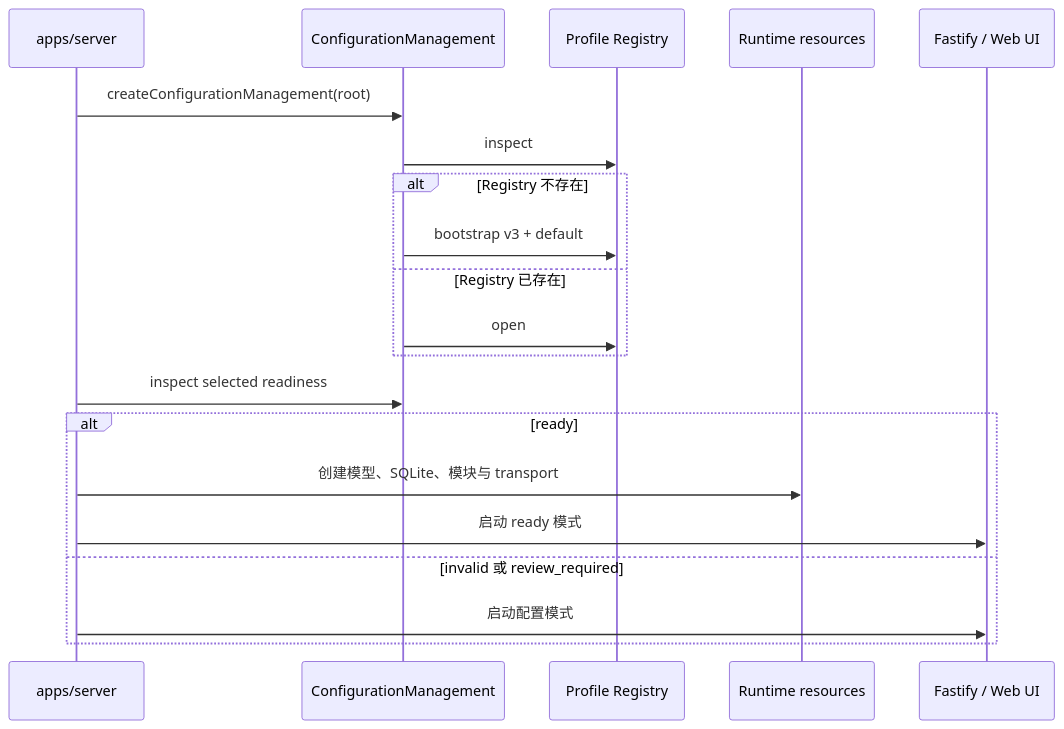
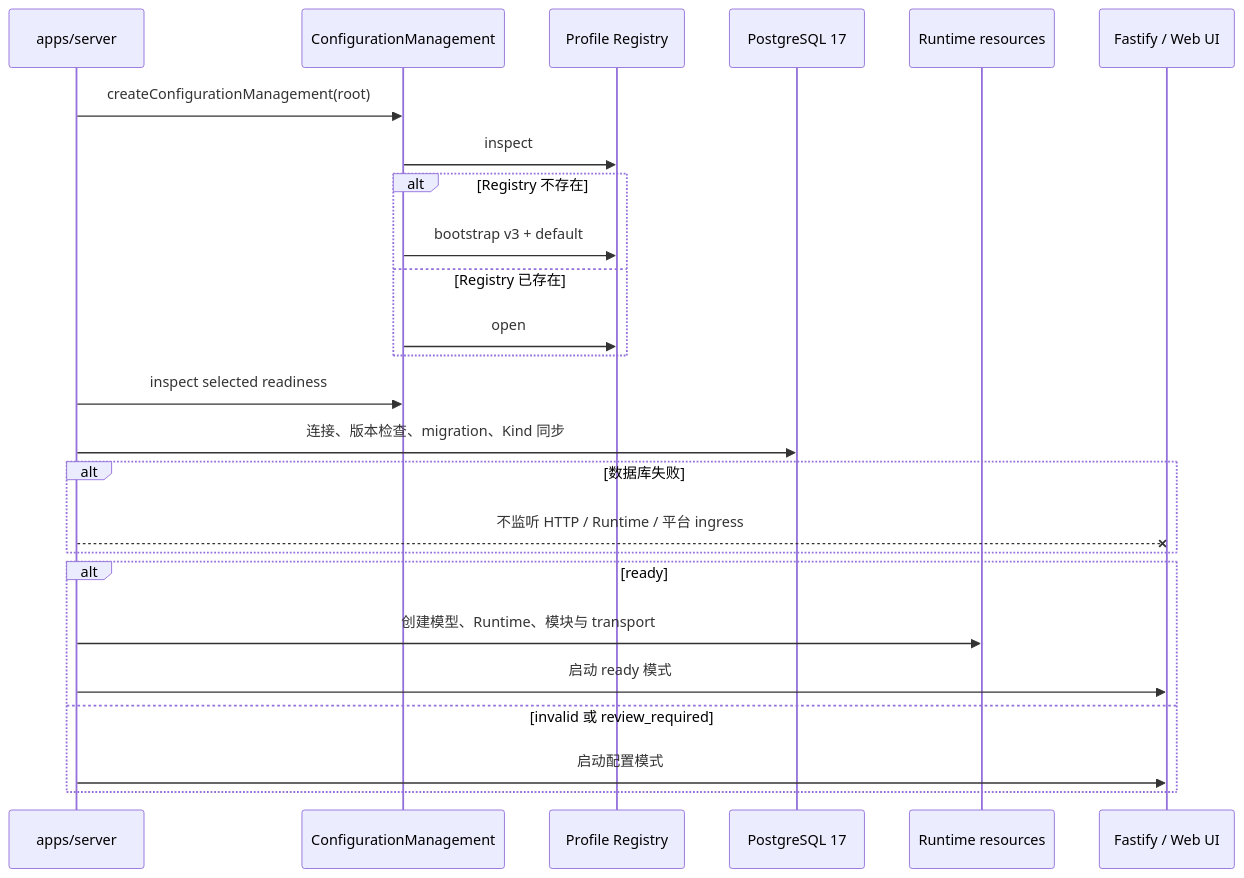
Before and after one commit to posanbu/Kaguya: the diagram in docs/developers/configuration-lifecycle.md, drawn with Mermaid. The commit also changed other lines of this file and 43 other files, not shown here.

Commit message:
feat: unify PostgreSQL development runtime (#101)

````diff
--- a/docs/developers/configuration-lifecycle.md
+++ b/docs/developers/configuration-lifecycle.md
@@ -12,23 +12,28 @@
 ```mermaid
 sequenceDiagram
   participant S as apps/server
   participant C as ConfigurationManagement
   participant P as Profile Registry
+  participant D as PostgreSQL 17
   participant R as Runtime resources
   participant H as Fastify / Web UI
 
   S->>C: createConfigurationManagement(root)
   C->>P: inspect
   alt Registry 不存在
     C->>P: bootstrap v3 + default
   else Registry 已存在
     C->>P: open
   end
   S->>C: inspect selected readiness
+  S->>D: 连接、版本检查、migration、Kind 同步
+  alt 数据库失败
+    S--xH: 不监听 HTTP / Runtime / 平台 ingress
+  end
   alt ready
-    S->>R: 创建模型、SQLite、模块与 transport
+    S->>R: 创建模型、Runtime、模块与 transport
     S->>H: 启动 ready 模式
   else invalid 或 review_required
     S->>H: 启动配置模式
   end
 ```
````
